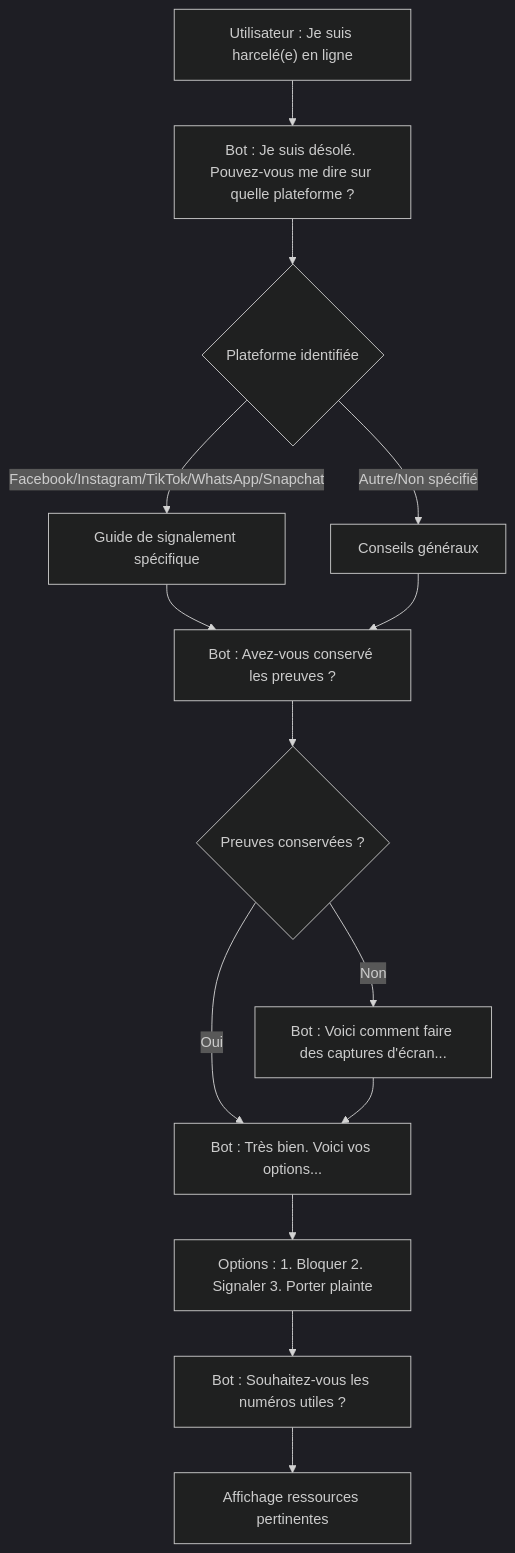
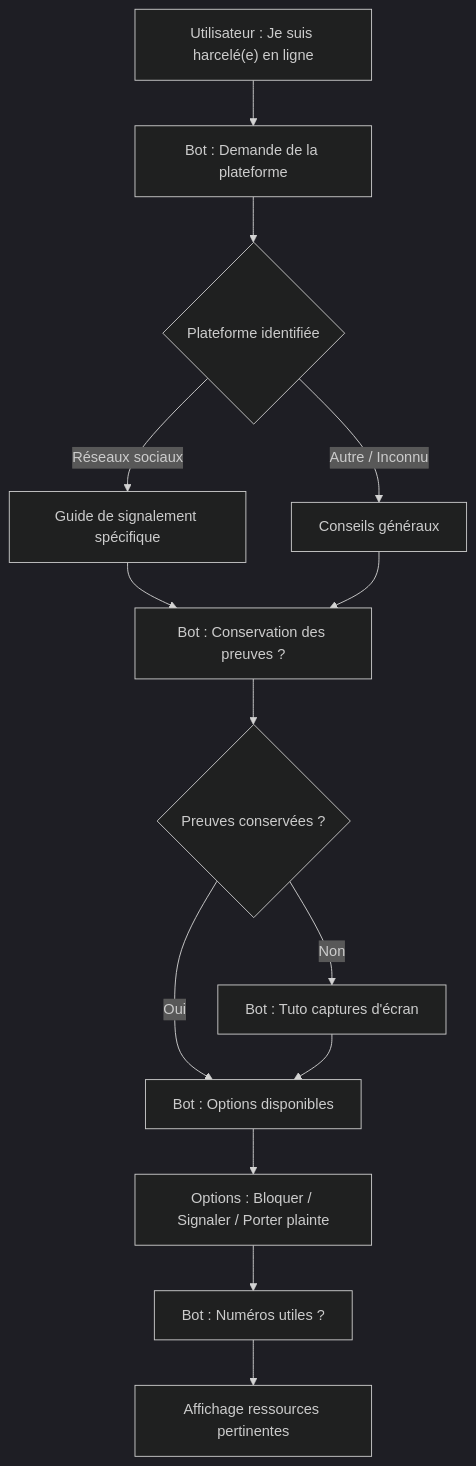
The fourth of 7 diagrams in docs/scenarios_conversationnels.md (SALMASAID1/Chatbot-IA-multilingue-d-assistance-aux-victimes-de-cyberviolences-), drawn with Mermaid (dark theme) before and after one commit. The commit also changed other lines of this file, not shown here.

````diff
--- a/docs/scenarios_conversationnels.md
+++ b/docs/scenarios_conversationnels.md
@@ -182,16 +182,16 @@
 ```mermaid
 flowchart TD
-    A["Utilisateur : Je suis harcelé(e) en ligne"] --> B["Bot : Je suis désolé. Pouvez-vous me dire sur quelle plateforme ?"]
+    A["Utilisateur : Je suis harcelé(e) en ligne"] --> B["Bot : Demande de la plateforme"]
     B --> C{"Plateforme identifiée"}
-    C -->|Facebook/Instagram/TikTok/WhatsApp/Snapchat| D["Guide de signalement spécifique"]
-    C -->|Autre/Non spécifié| E["Conseils généraux"]
-    D --> F["Bot : Avez-vous conservé les preuves ?"]
+    C -- "Réseaux sociaux" --> D["Guide de signalement spécifique"]
+    C -- "Autre / Inconnu" --> E["Conseils généraux"]
+    D --> F["Bot : Conservation des preuves ?"]
     E --> F
     F --> G{"Preuves conservées ?"}
-    G -->|Non| H["Bot : Voici comment faire des captures d'écran..."]
-    G -->|Oui| I["Bot : Très bien. Voici vos options..."]
+    G -- "Non" --> H["Bot : Tuto captures d'écran"]
+    G -- "Oui" --> I["Bot : Options disponibles"]
     H --> I
-    I --> J["Options : 1. Bloquer 2. Signaler 3. Porter plainte"]
-    J --> K["Bot : Souhaitez-vous les numéros utiles ?"]
+    I --> J["Options : Bloquer / Signaler / Porter plainte"]
+    J --> K["Bot : Numéros utiles ?"]
     K --> L["Affichage ressources pertinentes"]
 ```
````
